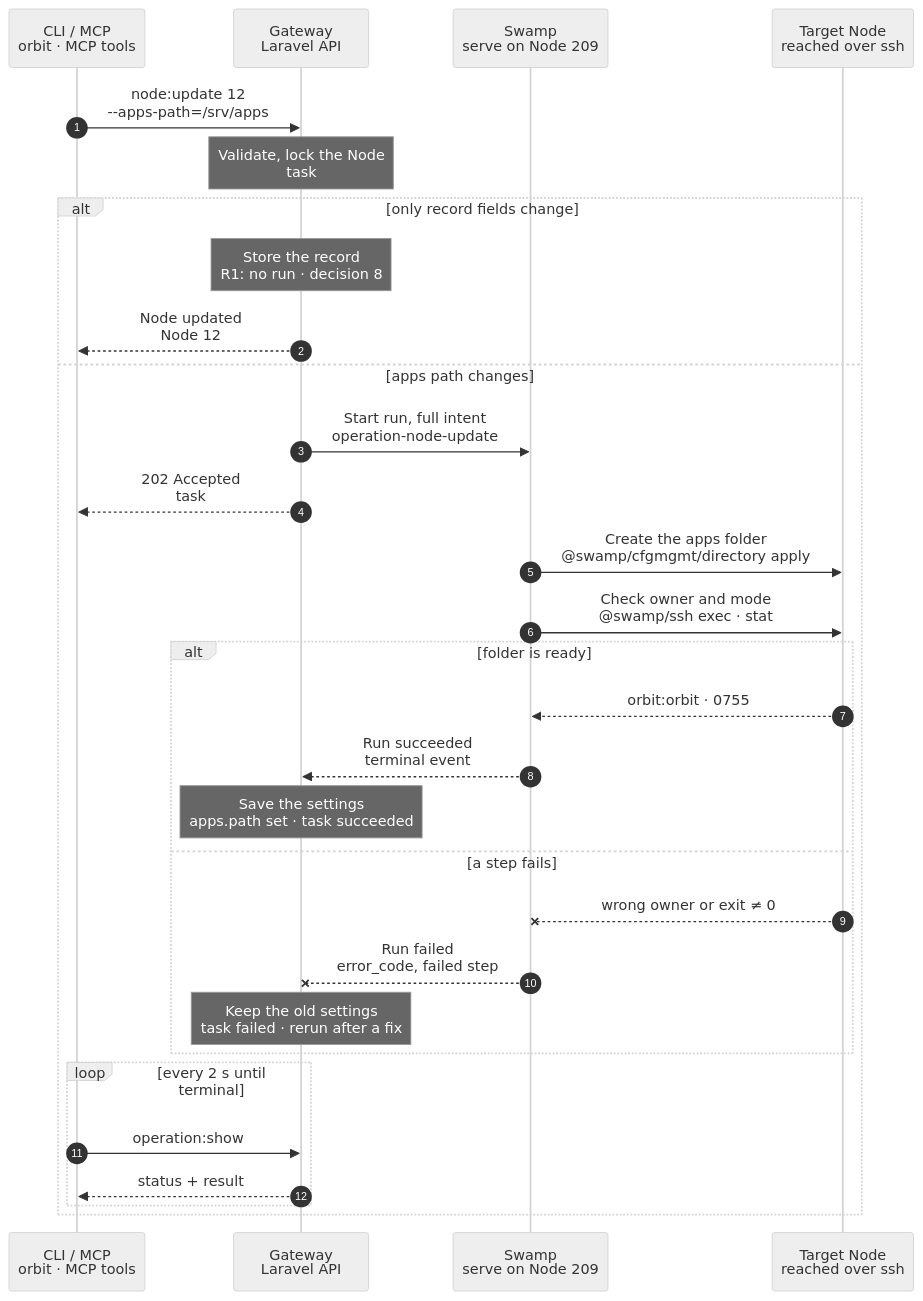
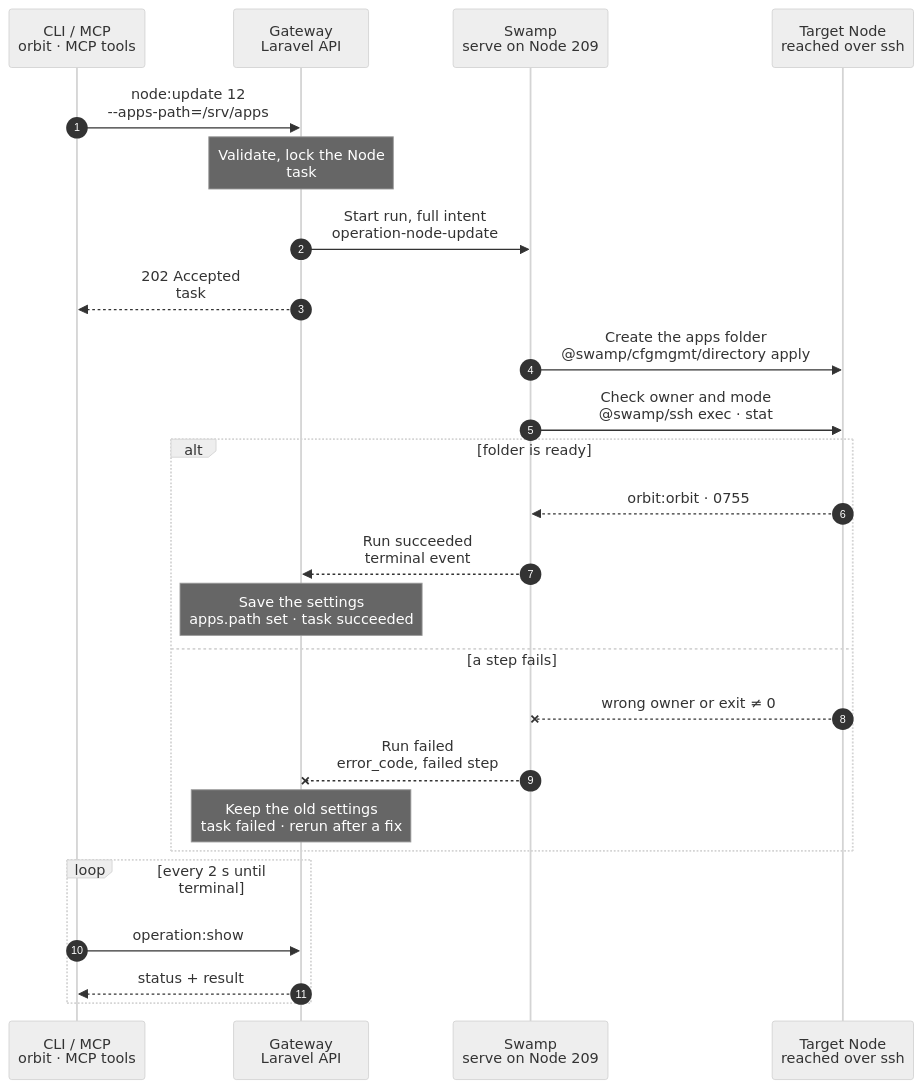
One commit to hardimpactdev/orbit changed the diagram in docs/cli/node/update.mmd. Above: the diagram before and after it, drawn with Mermaid (neutral theme). The commit also changed 7 other files, not shown here.

First line of the commit message:
docs(cli): draw node charts with a required-only main path

```diff
--- a/docs/cli/node/update.mmd
+++ b/docs/cli/node/update.mmd
@@ -1,126 +1,117 @@
 sequenceDiagram
   %% Target design: ADR 0244 task, DECISIONS R1 (task_vms is record-only), R2, R4 (apps.path is Node work), decision 8 (one node:update). docs/reference/node-settings.md.
   %% status: draft
   %% command: node:update
   %% kind: node.update
+  %% Rule 23: 2026-11-03 required-only main path.
   autonumber
   %% lane CLI icon=terminal pill=caller tone=gray
   %% lane GW icon=gateway pill=intent tone=blue
   %% lane SW icon=workflow pill=executes tone=green
   %% lane N icon=server pill=target tone=amber
   participant CLI as CLI / MCP<br/>orbit · MCP tools
   participant GW as Gateway<br/>Laravel API
   participant SW as Swamp<br/>serve on Node 209
   participant N as Target Node<br/>reached over ssh
   CLI->>GW: node:update 12<br/>--apps-path=/srv/apps
   %%> Command:
   %%> - `orbit node:update 12 --apps-path=/srv/apps`
   %%> - syntax: `<node> [--name=NAME] [--platform=PLATFORM] [--apps-path=PATH] [--task-vms=JSON] [--idempotency-key=KEY] [--json]`
   %%> Input:
   %%> - the Node, by id or exact name
-  %%> - at least one of: a new name, a platform, the apps folder, or the task VM host settings as a JSON object
+  %%> - `--apps-path` is required for this chart: `node.update` only starts with it
+  %%> Without --apps-path (R1):
+  %%> - `--name`, `--platform` and `--task-vms` alone are record-only; the Gateway stores them and answers at once with the Node, no task and no run
+  %%> - unsetting the apps folder on a Node without an active `app-dev` role needs no folder; it is record-only too
+  %%> Optional flags:
+  %%> - `--name`, `--platform`, `--task-vms` in the same request: a name or platform is saved at once, `task_vms` with the run's result; they add no steps
+  %%> - `--idempotency-key=KEY` reuses a key to retry the start; `--json` gives machine-readable output
   %%> - an empty value unsets a setting: `--apps-path=` sends a null path, `--task-vms=null` removes the task VM host settings
   %%> Who can call it:
   %%> - the `orbit` CLI and the MCP tool send the same request
   Note over GW: Validate, lock the Node<br/>task #5131 · Node 12
   %%> Requirements:
   %%> - your Node has an access grant to Node 12
   %%> - an apps folder needs an active, managed Linux Node
   %%> - no other lifecycle change runs for Node 12; the Gateway holds the Node's name lock, and the new name's lock for a rename
   %%> Checks for the name:
   %%> - ASCII letters, digits, dashes and underscores, at most 63 characters, unique among Nodes
   %%> Checks for the platform:
   %%> - `linux`, `macos` or `ipados`, and only on an unmanaged Node: no pinned SSH host key and no role
   %%> Checks for the apps folder:
   %%> - absolute and normalized: not `/`, no trailing or repeated `/`, no `.` or `..` part
   %%> - not the managed user's home (`/home/<user>`, as Orbit creates it) or an ancestor of it, and not inside a hidden folder of that home
   %%> - not overlapping `/boot`, `/dev`, `/etc`, `/proc`, `/run`, `/sys`, `/usr`, `/opt/orbit`, `/var/lib/orbit`, `/var/www`, or the Gateway checkout and release layout
   %%> - not equal to, or inside, an existing Instance checkout on Node 12
   %%> Checks for `task_vms`:
   %%> - typed fields only, such as `cidr`, `max_vms`, `pool`, `image_alias`
   %%> - the bridge `cidr` overlaps no other task VM host
   %%> Decides:
-  %%> - whether the change touches Node 12, or only the record
-  alt only record fields change
-    Note over GW: Store the record<br/>R1: no run · decision 8
+  %%> - that the apps folder needs Node work, so a run starts
+  GW->>SW: Start run, full intent<br/>operation-node-update
+  %%> When:
+  %%> - the request changes the apps folder, alone or together with other fields
+  %%> - a new name or platform in the same request is saved at once; it needs no run
+  %%> - unsetting it on a Node with an active `app-dev` role prepares the default folder, `<managed-user-home>/apps`
+  %%> What it does:
+  %%> - starts one Swamp run on serve (Node 209)
+  %%> Inputs:
+  %%> - the new apps folder, and the managed user and group that must own it
+  %%> - Node 12's address and SSH host keys; the SSH identity comes from the `swamp` role
+  %%> Not stored yet:
+  %%> - the settings stay unchanged until the run succeeds (R2)
+  GW-->>CLI: 202 Accepted<br/>task #5131
+  %%> What you get:
+  %%> - the task number, at once
+  %%> Next:
+  %%> - the CLI follows the task with `operation:show`
+  SW->>N: Create the apps folder<br/>@swamp/cfgmgmt/directory apply
+  %%> What it does:
+  %%> - creates `/srv/apps` and any missing folders above it
+  %%> - gives `/srv/apps` the managed user and group and mode `0755`
+  %%> How:
+  %%> - Swamp reaches Node 12 over SSH from 209 with the official `@swamp/cfgmgmt/directory` behavior and sudo
+  %%> Not included:
+  %%> - existing Instances don't move; their checkouts stay where they are
+  %%> - new development Instances use `/srv/apps/<project>/<instance>`
+  SW->>N: Check owner and mode<br/>@swamp/ssh exec · stat
+  %%> What it does:
+  %%> - reads the folder's type, owner, group and mode in one `stat`
+  %%> Why:
+  %%> - it is the one end check: the Gateway compares its output with the intent, a real folder of the managed user and group, mode 0755
+  alt folder is ready
+    N-->>SW: orbit:orbit · 0755
+    %%> Returns:
+    %%> - the check passed
+    SW-->>GW: Run succeeded<br/>terminal event
+    %%> How the Gateway learns it:
+    %%> - its shared run reader sees the terminal event; Swamp never calls the Gateway
+    Note over GW: Save the settings<br/>apps.path set · task succeeded
+    %%> Result:
+    %%> - Node 12's apps folder is `/srv/apps`; any `task_vms` change in the same request is saved with it
+    %%> - task #5131 succeeds
+  else a step fails
+    N--xSW: wrong owner or exit ≠ 0
     %%> When:
-    %%> - the request changes only the name, the platform or `task_vms`
-    %%> - or it unsets the apps folder on a Node without an active `app-dev` role, so no folder is needed
-    %%> Why no run:
-    %%> - nothing on Node 12 changes now; the name and platform are registry facts, and `task_vms` applies when the next task VM is created on Node 12
-    %%> - task VMs that already run keep their settings
+    %%> - the folder can't be created, a file is in the way, or the check doesn't match
+    SW--xGW: Run failed<br/>error_code, failed step
+    %%> The Gateway reads:
+    %%> - which step failed and its error code
+    Note over GW: Keep the old settings<br/>task failed · rerun after a fix
     %%> Result:
-    %%> - Node 12's record is saved
-    %%> - no Swamp run starts (R1)
-    GW-->>CLI: Node updated<br/>Node 12
-    %%> What you get:
-    %%> - the Node with its new values, at once; there is nothing to follow
-  else apps path changes
-    GW->>SW: Start run, full intent<br/>operation-node-update
-    %%> When:
-    %%> - the request changes the apps folder, alone or together with other fields
-    %%> - a new name or platform in the same request is saved at once; it needs no run
-    %%> - unsetting it on a Node with an active `app-dev` role prepares the default folder, `<managed-user-home>/apps`
+    %%> - Node 12's settings stay unchanged
+    %%> - task #5131 fails
+    %%> On the Node:
+    %%> - folders created before the failure stay; there is no rollback
+    %%> - that is safe: an empty folder is harmless, and a rerun leaves it as it is
+    %%> Retry:
+    %%> - run the same command again after fixing the cause; it is a new task
+  end
+  loop every 2 s until terminal
+    CLI->>GW: operation:show #5131
     %%> What it does:
-    %%> - starts one Swamp run on serve (Node 209)
-    %%> Inputs:
-    %%> - the new apps folder, and the managed user and group that must own it
-    %%> - Node 12's address and SSH host keys; the SSH identity comes from the `swamp` role
-    %%> Not stored yet:
-    %%> - the settings stay unchanged until the run succeeds (R2)
-    GW-->>CLI: 202 Accepted<br/>task #5131
-    %%> What you get:
-    %%> - the task number, at once
-    %%> Next:
-    %%> - the CLI follows the task with `operation:show`
-    SW->>N: Create the apps folder<br/>@swamp/cfgmgmt/directory apply
-    %%> What it does:
-    %%> - creates `/srv/apps` and any missing folders above it
-    %%> - gives `/srv/apps` the managed user and group and mode `0755`
-    %%> How:
-    %%> - Swamp reaches Node 12 over SSH from 209 with the official `@swamp/cfgmgmt/directory` behavior and sudo
-    %%> Not included:
-    %%> - existing Instances don't move; their checkouts stay where they are
-    %%> - new development Instances use `/srv/apps/<project>/<instance>`
-    SW->>N: Check owner and mode<br/>@swamp/ssh exec · stat
-    %%> What it does:
-    %%> - reads the folder's type, owner, group and mode in one `stat`
-    %%> Why:
-    %%> - it is the one end check: the Gateway compares its output with the intent, a real folder of the managed user and group, mode 0755
-    alt folder is ready
-      N-->>SW: orbit:orbit · 0755
-      %%> Returns:
-      %%> - the check passed
-      SW-->>GW: Run succeeded<br/>terminal event
-      %%> How the Gateway learns it:
-      %%> - its shared run reader sees the terminal event; Swamp never calls the Gateway
-      Note over GW: Save the settings<br/>apps.path set · task succeeded
-      %%> Result:
-      %%> - Node 12's apps folder is `/srv/apps`; any `task_vms` change in the same request is saved with it
-      %%> - task #5131 succeeds
-    else a step fails
-      N--xSW: wrong owner or exit ≠ 0
-      %%> When:
-      %%> - the folder can't be created, a file is in the way, or the check doesn't match
-      SW--xGW: Run failed<br/>error_code, failed step
-      %%> The Gateway reads:
-      %%> - which step failed and its error code
-      Note over GW: Keep the old settings<br/>task failed · rerun after a fix
-      %%> Result:
-      %%> - Node 12's settings stay unchanged
-      %%> - task #5131 fails
-      %%> On the Node:
-      %%> - folders created before the failure stay; there is no rollback
-      %%> - that is safe: an empty folder is harmless, and a rerun leaves it as it is
-      %%> Retry:
-      %%> - run the same command again after fixing the cause; it is a new task
-    end
-    loop every 2 s until terminal
-      CLI->>GW: operation:show #5131
-      %%> What it does:
-      %%> - asks for the task's status every 2 seconds until it has ended
-      GW-->>CLI: status + result
-      %%> Returns:
-      %%> - the current status, and the result once the task has ended
-    end
+    %%> - asks for the task's status every 2 seconds until it has ended
+    GW-->>CLI: status + result
+    %%> Returns:
+    %%> - the current status, and the result once the task has ended
   end
```
